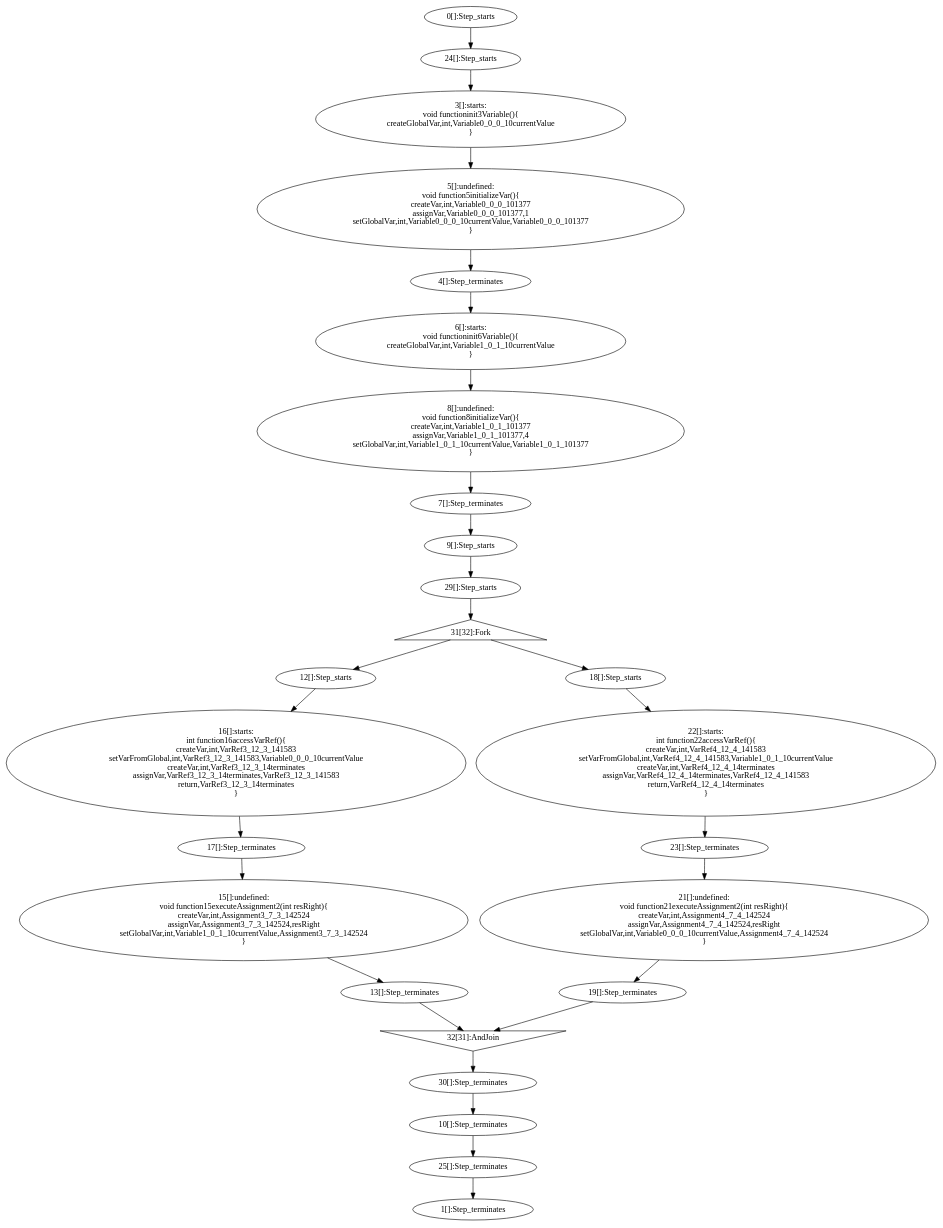
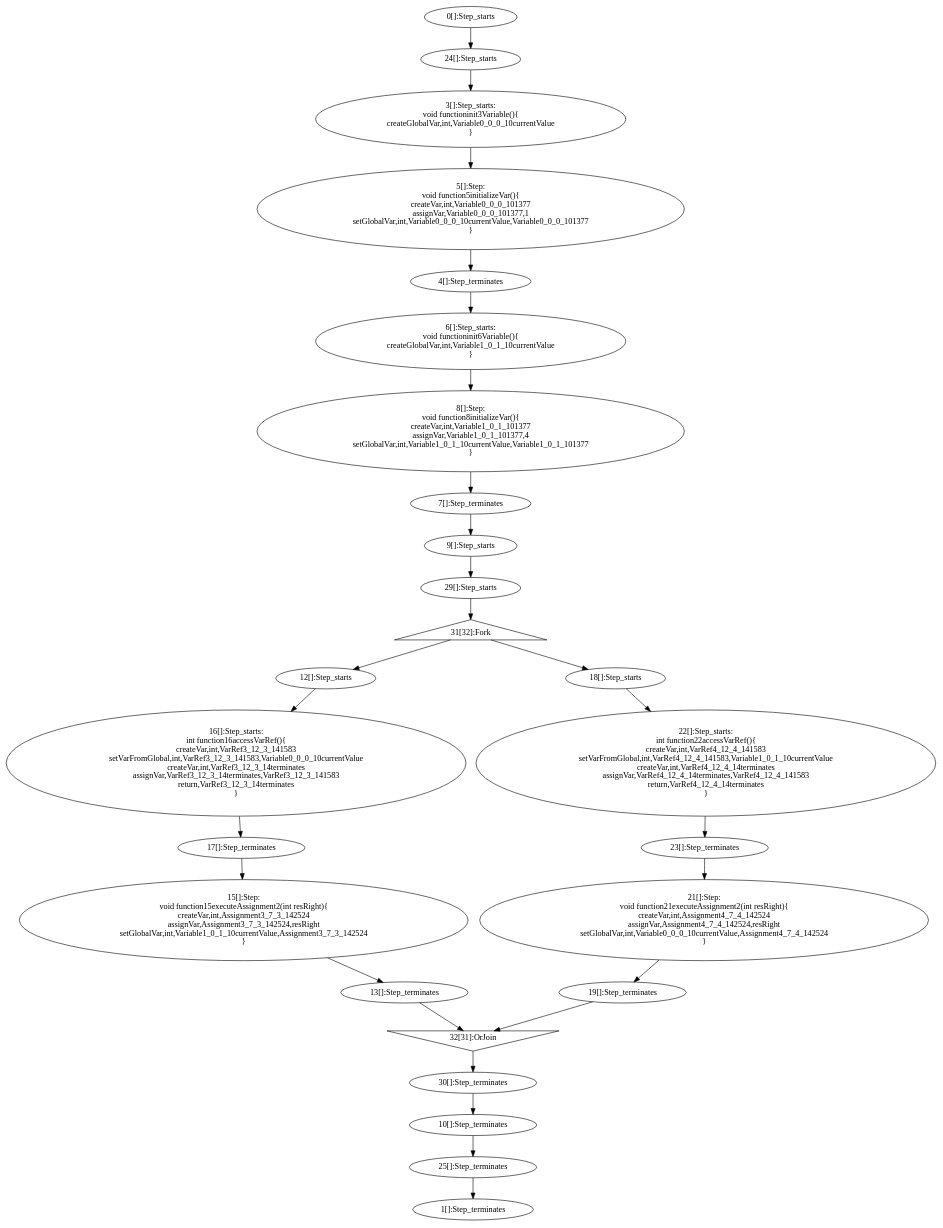
One commit to jdeantoni/TCOS.lang changed the diagram in examples/programs/generated/testSyncUID.dot. Above: the diagram before and after it, drawn with Graphviz. The commit also changed 12 other files, not shown here.

```diff
--- a/examples/programs/generated/testSyncUID.dot
+++ b/examples/programs/generated/testSyncUID.dot
@@ -1,94 +1,94 @@
 digraph G {
   "0" [label="0[]:Step_starts" shape="ellipse" ];
   "1" [label="1[]:Step_terminates" shape="ellipse" ];
   "24" [label="24[]:Step_starts" shape="ellipse" ];
   "25" [label="25[]:Step_terminates" shape="ellipse" ];
-  "3" [label="3[]:starts:
+  "3" [label="3[]:Step_starts:
 void functioninit3Variable(){
 createGlobalVar,int,Variable0_0_0_10currentValue
 }" shape="ellipse" ];
   "4" [label="4[]:Step_terminates" shape="ellipse" ];
-  "5" [label="5[]:undefined:
+  "5" [label="5[]:Step:
 void function5initializeVar(){
 createVar,int,Variable0_0_0_101377
 assignVar,Variable0_0_0_101377,1
 setGlobalVar,int,Variable0_0_0_10currentValue,Variable0_0_0_101377
 }" shape="ellipse" ];
-  "6" [label="6[]:starts:
+  "6" [label="6[]:Step_starts:
 void functioninit6Variable(){
 createGlobalVar,int,Variable1_0_1_10currentValue
 }" shape="ellipse" ];
   "7" [label="7[]:Step_terminates" shape="ellipse" ];
-  "8" [label="8[]:undefined:
+  "8" [label="8[]:Step:
 void function8initializeVar(){
 createVar,int,Variable1_0_1_101377
 assignVar,Variable1_0_1_101377,4
 setGlobalVar,int,Variable1_0_1_10currentValue,Variable1_0_1_101377
 }" shape="ellipse" ];
   "9" [label="9[]:Step_starts" shape="ellipse" ];
   "10" [label="10[]:Step_terminates" shape="ellipse" ];
   "29" [label="29[]:Step_starts" shape="ellipse" ];
   "30" [label="30[]:Step_terminates" shape="ellipse" ];
   "31" [label="31[32]:Fork" shape="triangle" ];
-  "32" [label="32[31]:AndJoin" shape="invtriangle" ];
+  "32" [label="32[31]:OrJoin" shape="invtriangle" ];
   "12" [label="12[]:Step_starts" shape="ellipse" ];
   "13" [label="13[]:Step_terminates" shape="ellipse" ];
-  "15" [label="15[]:undefined:
+  "15" [label="15[]:Step:
 void function15executeAssignment2(int resRight){
 createVar,int,Assignment3_7_3_142524
 assignVar,Assignment3_7_3_142524,resRight
 setGlobalVar,int,Variable1_0_1_10currentValue,Assignment3_7_3_142524
 }" shape="ellipse" ];
   "18" [label="18[]:Step_starts" shape="ellipse" ];
   "19" [label="19[]:Step_terminates" shape="ellipse" ];
-  "21" [label="21[]:undefined:
+  "21" [label="21[]:Step:
 void function21executeAssignment2(int resRight){
 createVar,int,Assignment4_7_4_142524
 assignVar,Assignment4_7_4_142524,resRight
 setGlobalVar,int,Variable0_0_0_10currentValue,Assignment4_7_4_142524
 }" shape="ellipse" ];
-  "16" [label="16[]:starts:
+  "16" [label="16[]:Step_starts:
 int function16accessVarRef(){
 createVar,int,VarRef3_12_3_141583
 setVarFromGlobal,int,VarRef3_12_3_141583,Variable0_0_0_10currentValue
 createVar,int,VarRef3_12_3_14terminates
 assignVar,VarRef3_12_3_14terminates,VarRef3_12_3_141583
 return,VarRef3_12_3_14terminates
 }" shape="ellipse" ];
   "17" [label="17[]:Step_terminates" shape="ellipse" ];
-  "22" [label="22[]:starts:
+  "22" [label="22[]:Step_starts:
 int function22accessVarRef(){
 createVar,int,VarRef4_12_4_141583
 setVarFromGlobal,int,VarRef4_12_4_141583,Variable1_0_1_10currentValue
 createVar,int,VarRef4_12_4_14terminates
 assignVar,VarRef4_12_4_14terminates,VarRef4_12_4_141583
 return,VarRef4_12_4_14terminates
 }" shape="ellipse" ];
   "23" [label="23[]:Step_terminates" shape="ellipse" ];
   "0" -> "24" [label=""];
   "25" -> "1" [label=""];
   "24" -> "3" [label=""];
   "4" -> "6" [label=""];
   "7" -> "9" [label=""];
   "10" -> "25" [label=""];
   "3" -> "5" [label=""];
   "5" -> "4" [label=""];
   "6" -> "8" [label=""];
   "8" -> "7" [label=""];
   "9" -> "29" [label=""];
   "30" -> "10" [label=""];
   "29" -> "31" [label=""];
   "32" -> "30" [label=""];
   "31" -> "12" [label=""];
   "13" -> "32" [label=""];
   "31" -> "18" [label=""];
   "19" -> "32" [label=""];
   "12" -> "16" [label=""];
   "17" -> "15" [label=""];
   "15" -> "13" [label=""];
   "18" -> "22" [label=""];
   "23" -> "21" [label=""];
   "21" -> "19" [label=""];
   "16" -> "17" [label=""];
   "22" -> "23" [label=""];
 }
```
